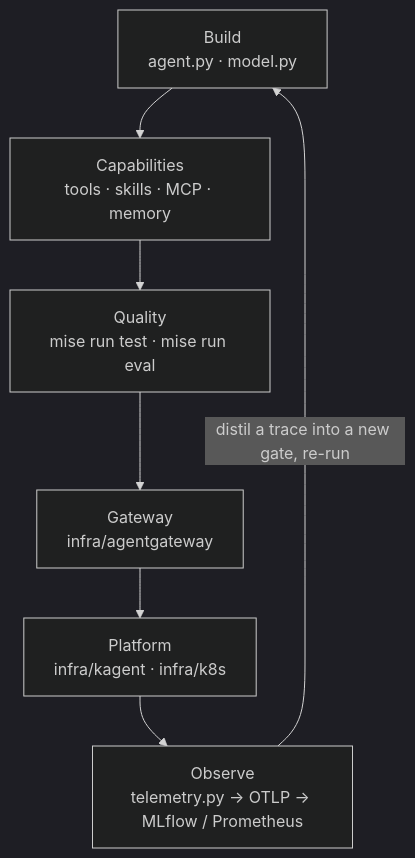
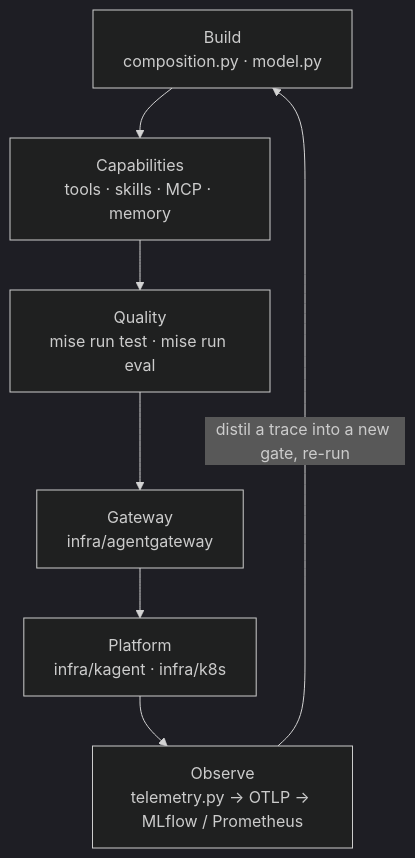
One commit to LuiGGi629/agentops-open-course changed the second of 2 diagrams in docs/0. Overview/0.2. AgentOps.md. Above: the diagram before and after it, drawn with Mermaid (dark theme). The commit also changed other lines of this file and 121 other files, not shown here.

````diff
--- a/docs/0. Overview/0.2. AgentOps.md
+++ b/docs/0. Overview/0.2. AgentOps.md
@@ -60,11 +60,11 @@
 ```mermaid
 flowchart TD
-    Build["Build<br/>agent.py · model.py"]
+    Build["Build<br/>composition.py · model.py"]
     Capabilities["Capabilities<br/>tools · skills · MCP · memory"]
     Quality["Quality<br/>mise run test · mise run eval"]
     Gateway["Gateway<br/>infra/agentgateway"]
     Platform["Platform<br/>infra/kagent · infra/k8s"]
     Observe["Observe<br/>telemetry.py → OTLP → MLflow / Prometheus"]
     Build --> Capabilities --> Quality --> Gateway --> Platform --> Observe
     Observe -->|distil a trace into a new gate, re-run| Build
 ```
````
